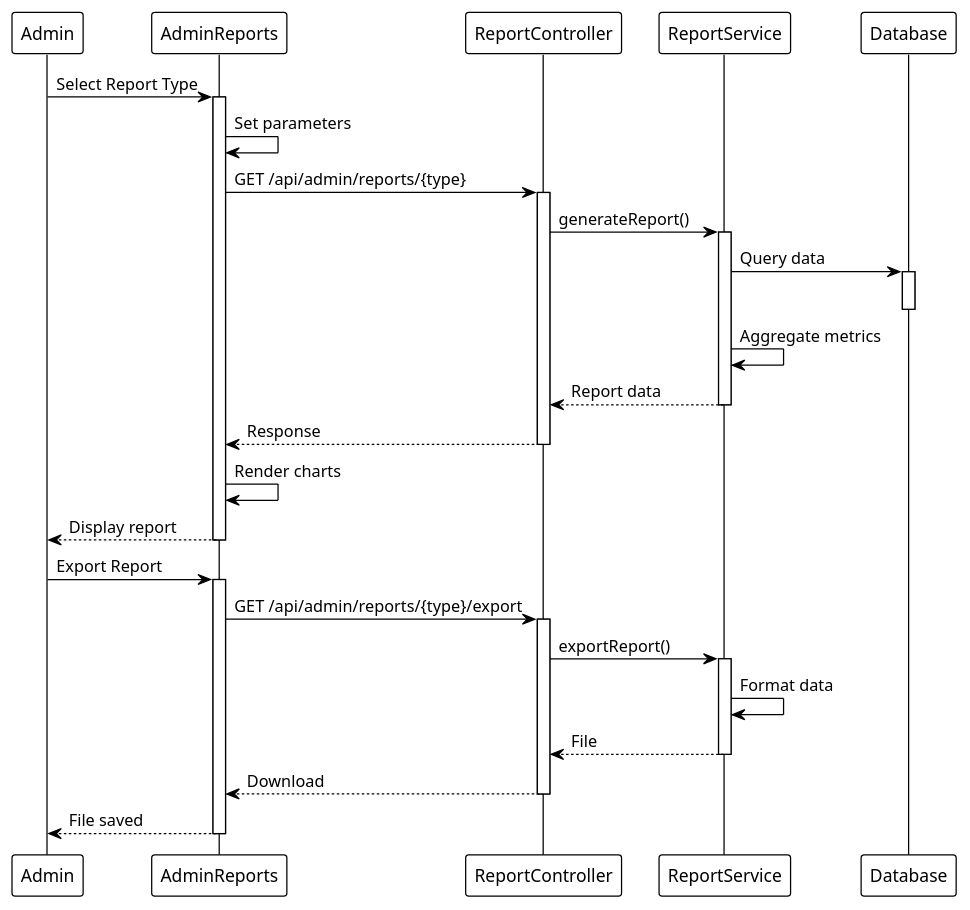
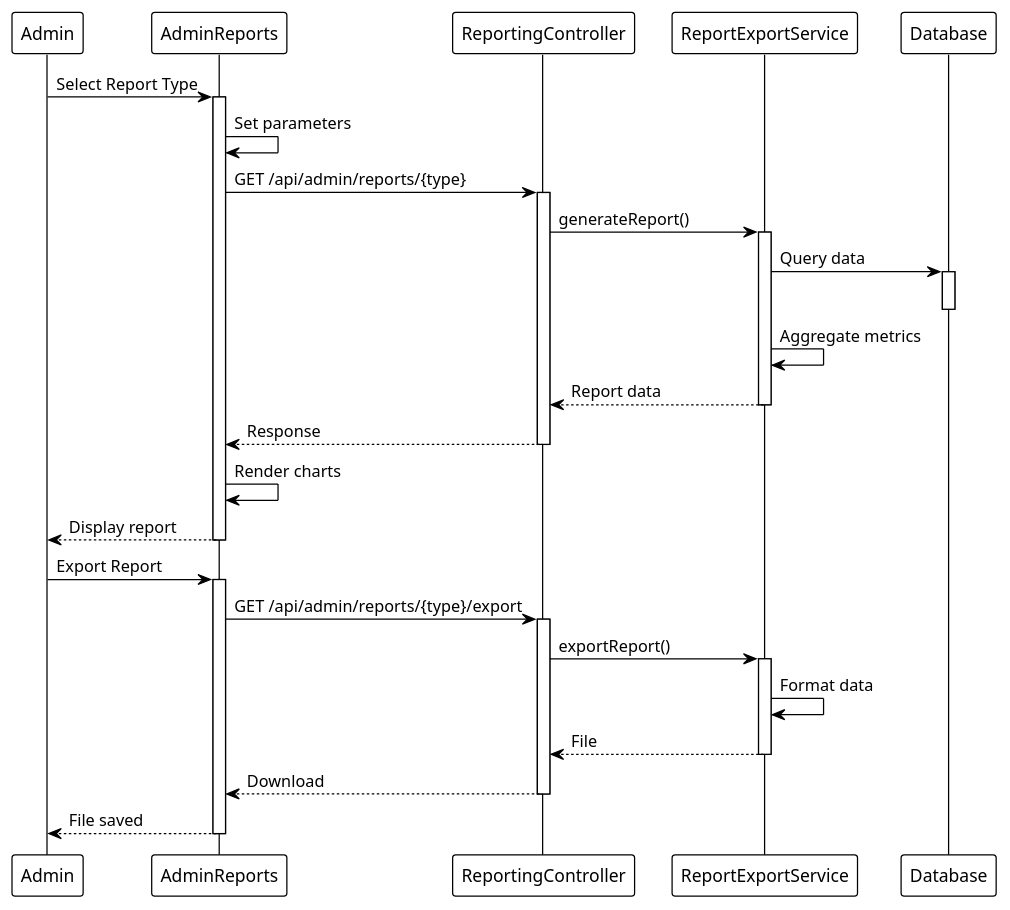
Before and after one commit to lawas-tess/SPMP-Evaluator: diagram 27 of 29 in Capstone Files/Module2.md, drawn with PlantUML. The commit also changed other lines of this file and 8 other files, not shown here.

Commit message:
Add AI integration architecture docs, PlantUML diagrams, and presentation script; Update modules with hybrid AI approach; Switch to Amazon Nova model with timeout protection

````diff
--- a/Capstone Files/Module2.md
+++ b/Capstone Files/Module2.md
@@ -2624,43 +2785,43 @@
 ```plantuml
 @startuml AdminReports_Sequence
 !theme plain
 participant "Admin" as Admin
 participant "AdminReports" as UI
-participant "ReportController" as Ctrl
-participant "ReportService" as Service
+participant "ReportingController" as Ctrl
+participant "ReportExportService" as Service
 participant "Database" as DB
 
 Admin -> UI: Select Report Type
 activate UI
 UI -> UI: Set parameters
 UI -> Ctrl: GET /api/admin/reports/{type}
 activate Ctrl
 Ctrl -> Service: generateReport()
 activate Service
 Service -> DB: Query data
 activate DB
 deactivate DB
 Service -> Service: Aggregate metrics
 Service --> Ctrl: Report data
 deactivate Service
 Ctrl --> UI: Response
 deactivate Ctrl
 UI -> UI: Render charts
 UI --> Admin: Display report
 deactivate UI
 
 Admin -> UI: Export Report
 activate UI
 UI -> Ctrl: GET /api/admin/reports/{type}/export
 activate Ctrl
 Ctrl -> Service: exportReport()
 activate Service
 Service -> Service: Format data
 Service --> Ctrl: File
 deactivate Service
 Ctrl --> UI: Download
 deactivate Ctrl
 UI --> Admin: File saved
 deactivate UI
 @enduml
 ```
````
